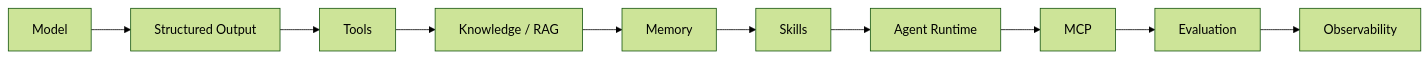
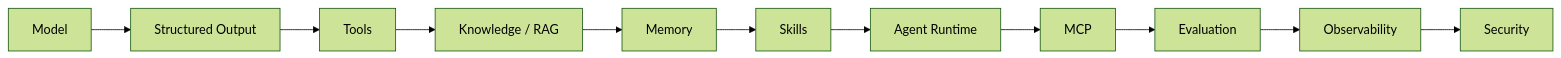
One commit to cagridursun/agentic-developer-handbook changed the diagram in README.md. Above: the diagram before and after it, drawn with Mermaid (forest theme). The commit also changed other lines of this file and 83 other files, not shown here.

````diff
--- a/README.md
+++ b/README.md
@@ -21,4 +21,4 @@
 ```mermaid
 flowchart LR
-    model["Model"] --> structured["Structured Output"] --> tools["Tools"] --> knowledge["Knowledge / RAG"] --> memory["Memory"] --> skills["Skills"] --> runtime["Agent Runtime"] --> mcp["MCP"] --> evaluation["Evaluation"] --> observability["Observability"]
+    model["Model"] --> structured["Structured Output"] --> tools["Tools"] --> knowledge["Knowledge / RAG"] --> memory["Memory"] --> skills["Skills"] --> runtime["Agent Runtime"] --> mcp["MCP"] --> evaluation["Evaluation"] --> observability["Observability"] --> security["Security"]
 ```
````
